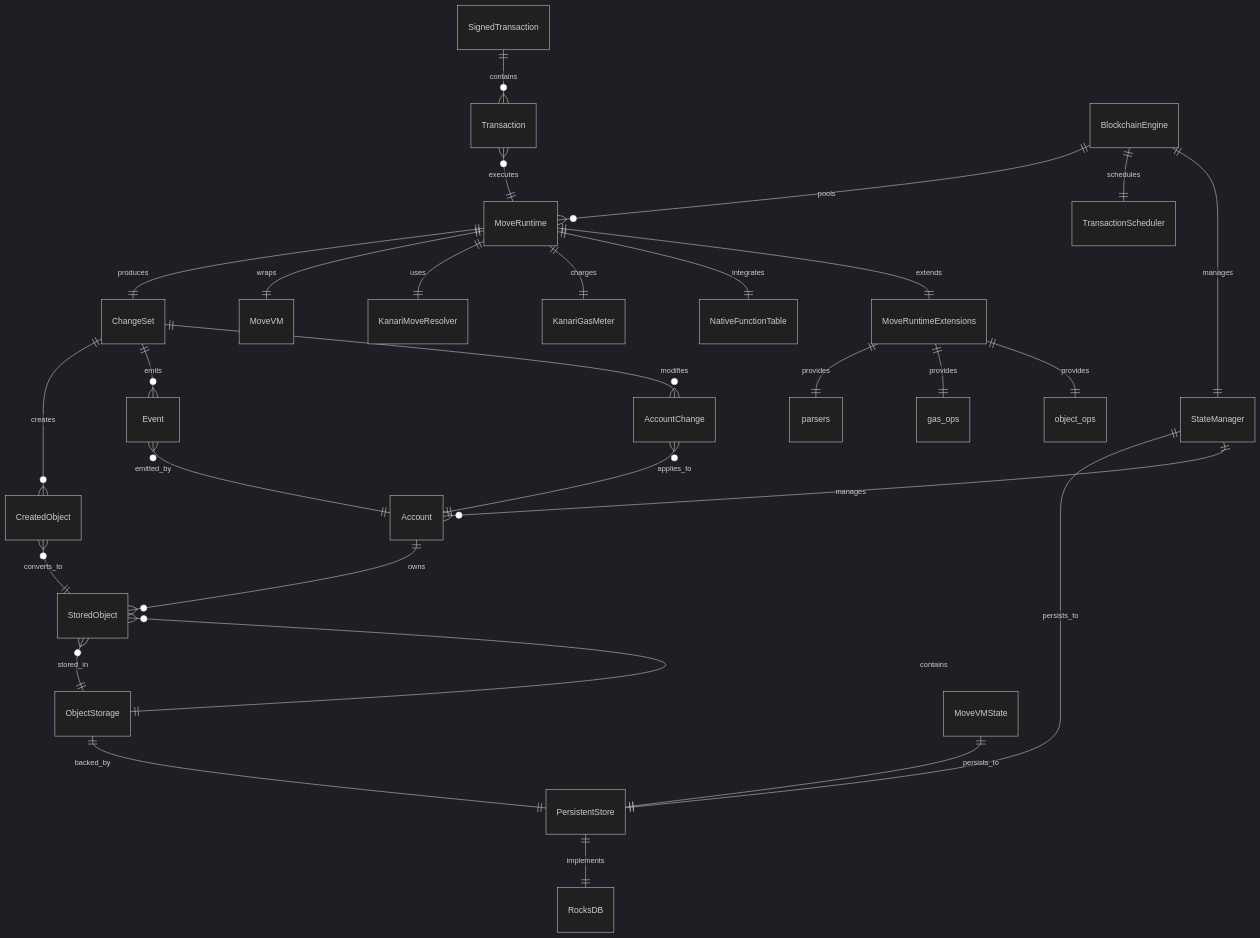
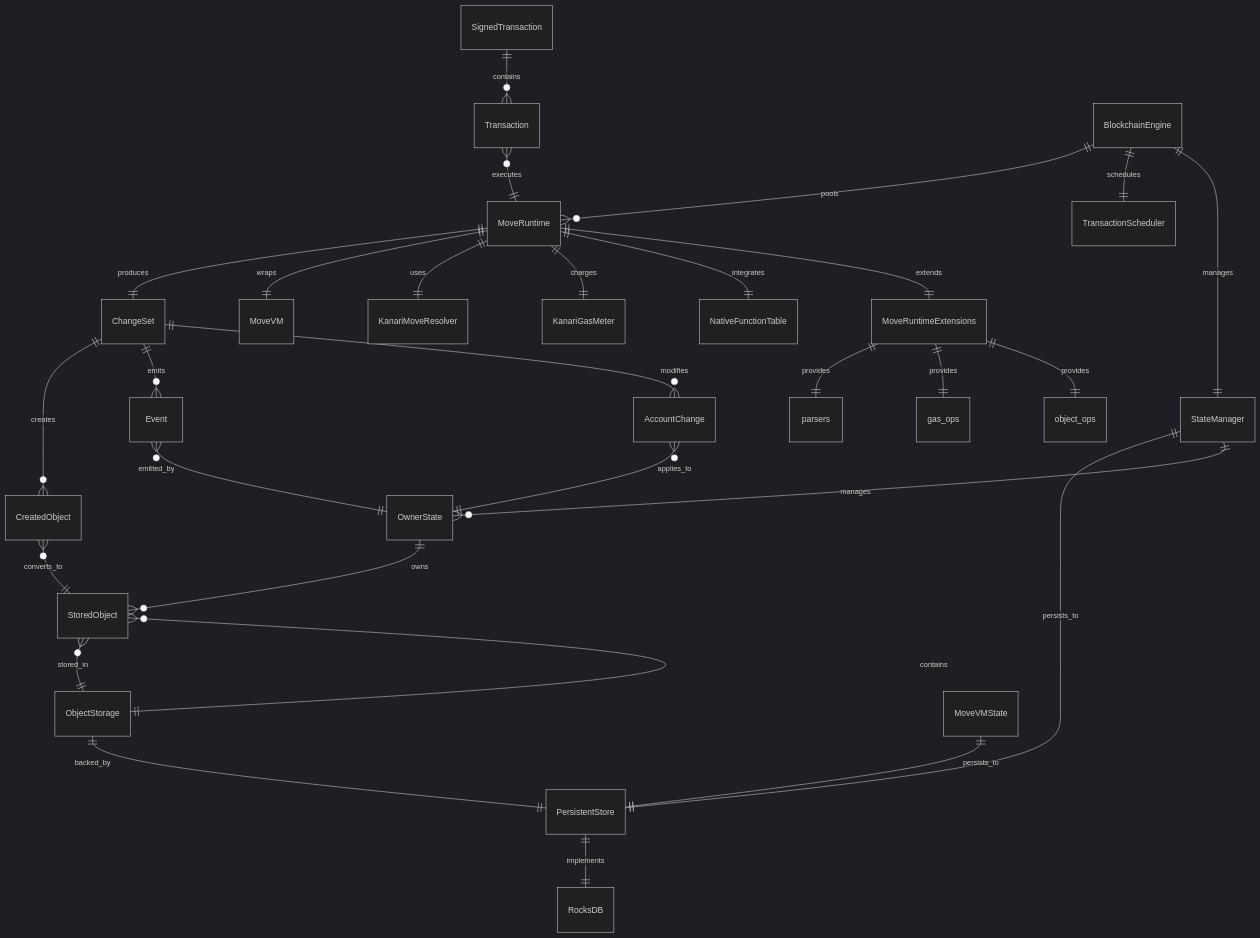
One commit to kanari-network/kanari-sdk changed the first of 3 diagrams in move-execution/v1/kanari-move-runtime-v1/ER_DIAGRAM.md. Above: the diagram before and after it, drawn with Mermaid (dark theme). The commit also changed other lines of this file and 10 other files, not shown here.

Commit message:
refactor: rename Account to OwnerState and update related references across the codebase

````diff
--- a/move-execution/v1/kanari-move-runtime-v1/ER_DIAGRAM.md
+++ b/move-execution/v1/kanari-move-runtime-v1/ER_DIAGRAM.md
@@ -7,44 +7,44 @@
 ```mermaid
 erDiagram
     %% Core Execution Flow
     SignedTransaction ||--o{ Transaction : contains
     Transaction }o--|| MoveRuntime : executes
     MoveRuntime ||--|| ChangeSet : produces
     ChangeSet ||--o{ CreatedObject : creates
     ChangeSet ||--o{ Event : emits
     ChangeSet ||--o{ AccountChange : modifies
     
     %% State Management
     StateManager ||--|| PersistentStore : persists_to
-    StateManager ||--o{ Account : manages
-    Account ||--o{ StoredObject : owns
+    StateManager ||--o{ OwnerState : manages
+    OwnerState ||--o{ StoredObject : owns
     StoredObject }o--|| ObjectStorage : stored_in
     
     %% Move VM Integration
     MoveRuntime ||--|| MoveVM : wraps
     MoveRuntime ||--|| KanariMoveResolver : uses
     MoveRuntime ||--|| KanariGasMeter : charges
     MoveRuntime ||--|| NativeFunctionTable : integrates
     
     %% Storage Layer
     ObjectStorage ||--|| PersistentStore : backed_by
     PersistentStore ||--|| RocksDB : implements
     ObjectStorage ||--o{ StoredObject : contains
     MoveVMState ||--|| PersistentStore : persists_to
     
     %% Runtime Extensions
     MoveRuntime ||--|| MoveRuntimeExtensions : extends
     MoveRuntimeExtensions ||--|| parsers : provides
     MoveRuntimeExtensions ||--|| gas_ops : provides
     MoveRuntimeExtensions ||--|| object_ops : provides
     
     %% Parallel Execution
     BlockchainEngine ||--o{ MoveRuntime : pools
     BlockchainEngine ||--|| TransactionScheduler : schedules
     BlockchainEngine ||--|| StateManager : manages
     
     %% Relationships Notes
     CreatedObject }o--|| StoredObject : converts_to
-    AccountChange }o--|| Account : applies_to
-    Event }o--|| Account : emitted_by
+    AccountChange }o--|| OwnerState : applies_to
+    Event }o--|| OwnerState : emitted_by
 ```
````
